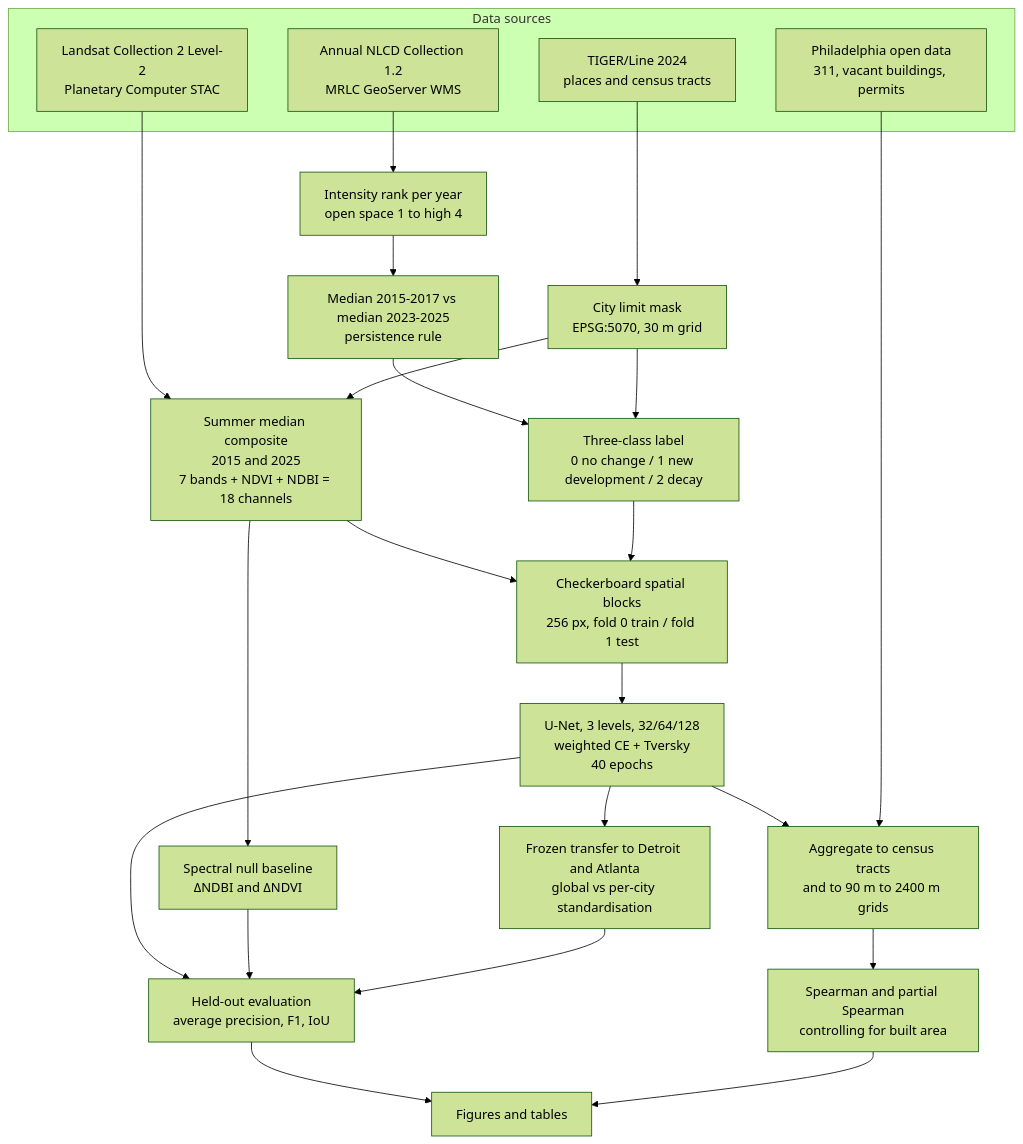
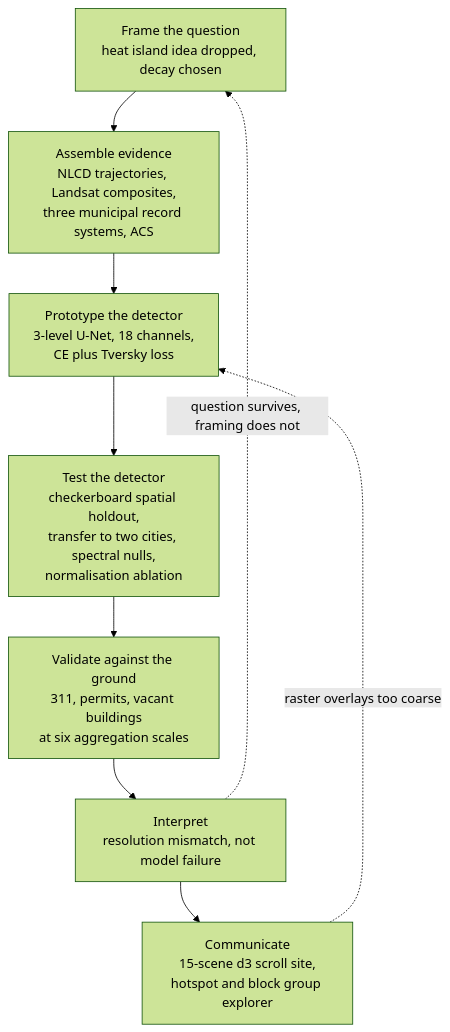
One commit to cyber-hbliu/musa650-finalproject changed the diagram in README.md. Above: the diagram before and after it, drawn with Mermaid (forest theme). The commit also changed other lines of this file, not shown here.

Commit message:
Revise README with project details and findings
Updated README to include new sections on the problem, approach, and results of the project, along with relevant data sources and validation methods.

````diff
--- a/README.md
+++ b/README.md
@@ -11,34 +21,13 @@
 ```mermaid
-flowchart TB
-  subgraph SOURCES["Data sources"]
-    L["Landsat Collection 2 Level-2<br/>Planetary Computer STAC"]
-    N["Annual NLCD Collection 1.2<br/>MRLC GeoServer WMS"]
-    T["TIGER/Line 2024<br/>places and census tracts"]
-    P["Philadelphia open data<br/>311, vacant buildings, permits"]
-  end
-
-  L --> C["Summer median composite<br/>2015 and 2025<br/>7 bands + NDVI + NDBI = 18 channels"]
-  N --> R["Intensity rank per year<br/>open space 1 to high 4"]
-  R --> M["Median 2015-2017 vs median 2023-2025<br/>persistence rule"]
-  M --> Y["Three-class label<br/>0 no change / 1 new development / 2 decay"]
-  T --> K["City limit mask<br/>EPSG:5070, 30 m grid"]
-  K --> C
-  K --> Y
-
-  C --> S["Checkerboard spatial blocks<br/>256 px, fold 0 train / fold 1 test"]
-  Y --> S
-  S --> U["U-Net, 3 levels, 32/64/128<br/>weighted CE + Tversky<br/>40 epochs"]
-
-  U --> E["Held-out evaluation<br/>average precision, F1, IoU"]
-  C --> B["Spectral null baseline<br/>ΔNDBI and ΔNDVI"]
-  B --> E
-  U --> X["Frozen transfer to Detroit and Atlanta<br/>global vs per-city standardisation"]
-  X --> E
-
-  U --> V["Aggregate to census tracts<br/>and to 90 m to 2400 m grids"]
-  P --> V
-  V --> W["Spearman and partial Spearman<br/>controlling for built area"]
-
-  E --> F["Figures and tables"]
-  W --> F
+flowchart TD
+    A["Frame the question<br/>heat island idea dropped, decay chosen"]
+    B["Assemble evidence<br/>NLCD trajectories, Landsat composites,<br/>three municipal record systems, ACS"]
+    C["Prototype the detector<br/>3-level U-Net, 18 channels,<br/>CE plus Tversky loss"]
+    D["Test the detector<br/>checkerboard spatial holdout,<br/>transfer to two cities, spectral nulls,<br/>normalisation ablation"]
+    E["Validate against the ground<br/>311, permits, vacant buildings<br/>at six aggregation scales"]
+    F["Interpret<br/>resolution mismatch, not model failure"]
+    G["Communicate<br/>15-scene d3 scroll site,<br/>hotspot and block group explorer"]
+    A --> B --> C --> D --> E --> F --> G
+    F -.->|question survives, framing does not| A
+    G -.->|raster overlays too coarse| C
 ```
````
